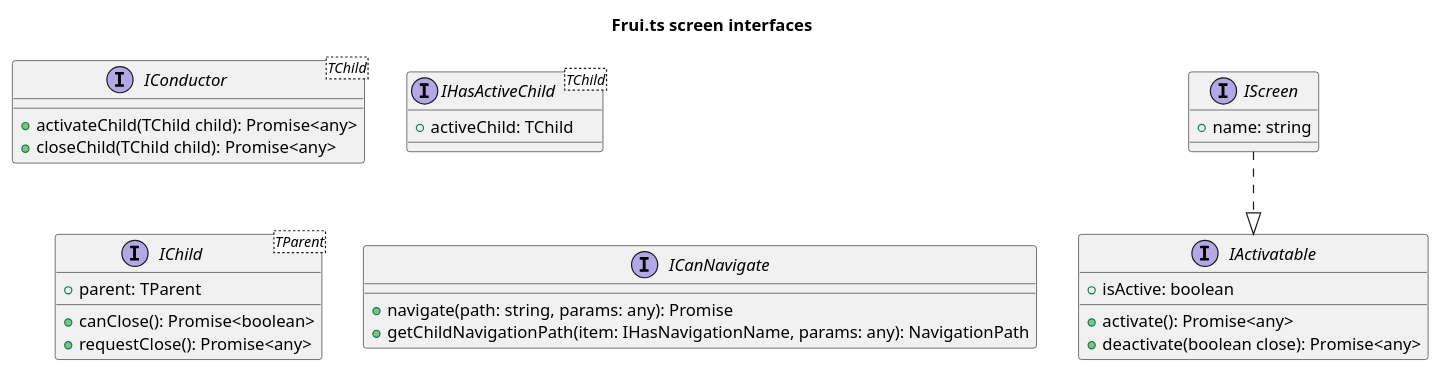
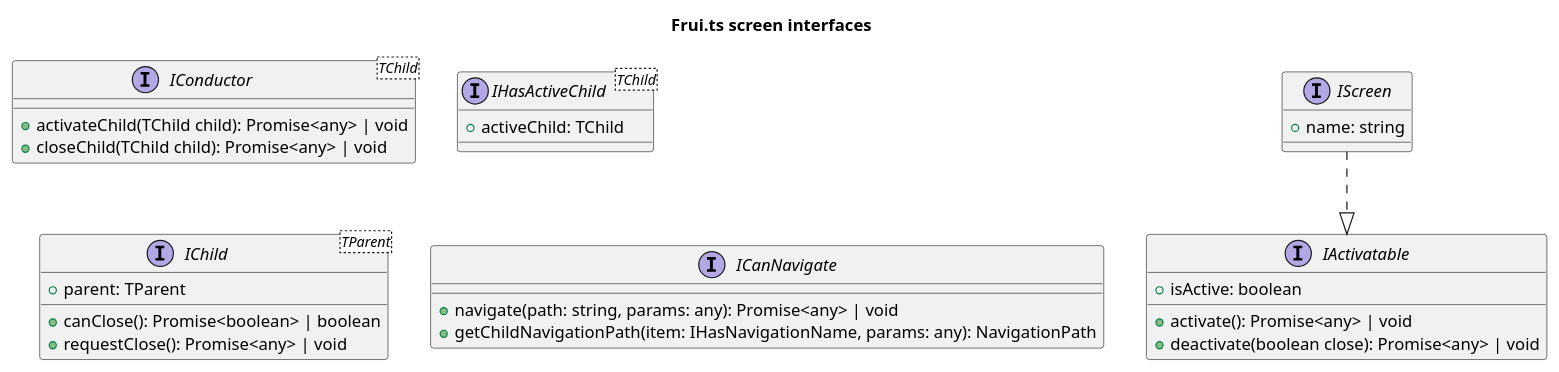
One commit to eManPrague/frui.ts changed the diagram in packages/screens/interfaces.puml. Above: the diagram before and after it, drawn with PlantUML. The commit also changed 13 other files, not shown here.

```diff
--- a/packages/screens/interfaces.puml
+++ b/packages/screens/interfaces.puml
@@ -1,38 +1,38 @@
 @startuml
 
 title Frui.ts screen interfaces
 
 interface IActivatable {
   +isActive: boolean
 
-  +activate(): Promise<any>
-  +deactivate(boolean close): Promise<any>
+  +activate(): Promise<any> | void
+  +deactivate(boolean close): Promise<any> | void
 }
 
 interface IScreen {
   +name: string
 }
 
 IScreen ..|> IActivatable
 
 interface IConductor<TChild> {
-  +activateChild(TChild child): Promise<any>
-  +closeChild(TChild child): Promise<any>
+  +activateChild(TChild child): Promise<any> | void
+  +closeChild(TChild child): Promise<any> | void
 }
 
 interface IHasActiveChild<TChild> {
   +activeChild: TChild
 }
 
 interface IChild<TParent> {
   +parent: TParent
-  +canClose(): Promise<boolean>
-  +requestClose(): Promise<any>
+  +canClose(): Promise<boolean> | boolean
+  +requestClose(): Promise<any> | void
 }
 
 interface ICanNavigate {
-  +navigate(path: string, params: any): Promise
+  +navigate(path: string, params: any): Promise<any> | void
   +getChildNavigationPath(item: IHasNavigationName, params: any): NavigationPath
 }
 
 @enduml
```
